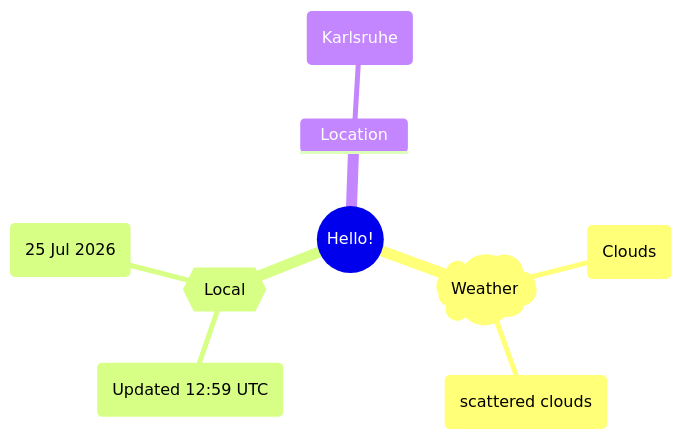
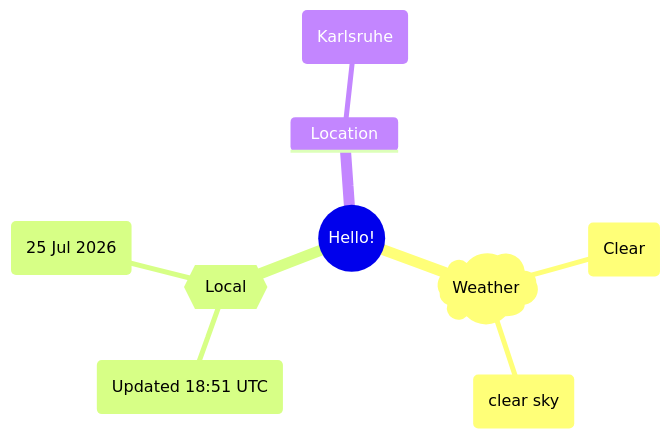
The first of 2 diagrams in README.md (Xosrov/Xosrov), drawn with Mermaid before and after one commit.

Commit message:
[bot] updated images

````diff
--- a/README.md
+++ b/README.md
@@ -3,12 +3,12 @@
 ```mermaid
 mindmap
   root((Hello!))
     )Weather(
-        (Clouds)
-        (scattered clouds)
+        (Clear)
+        (clear sky)
     {{Local}}
-        (Updated 12:59 UTC)
+        (Updated 18:51 UTC)
         (25 Jul 2026)
     Location
         (Karlsruhe)
 ```
````
